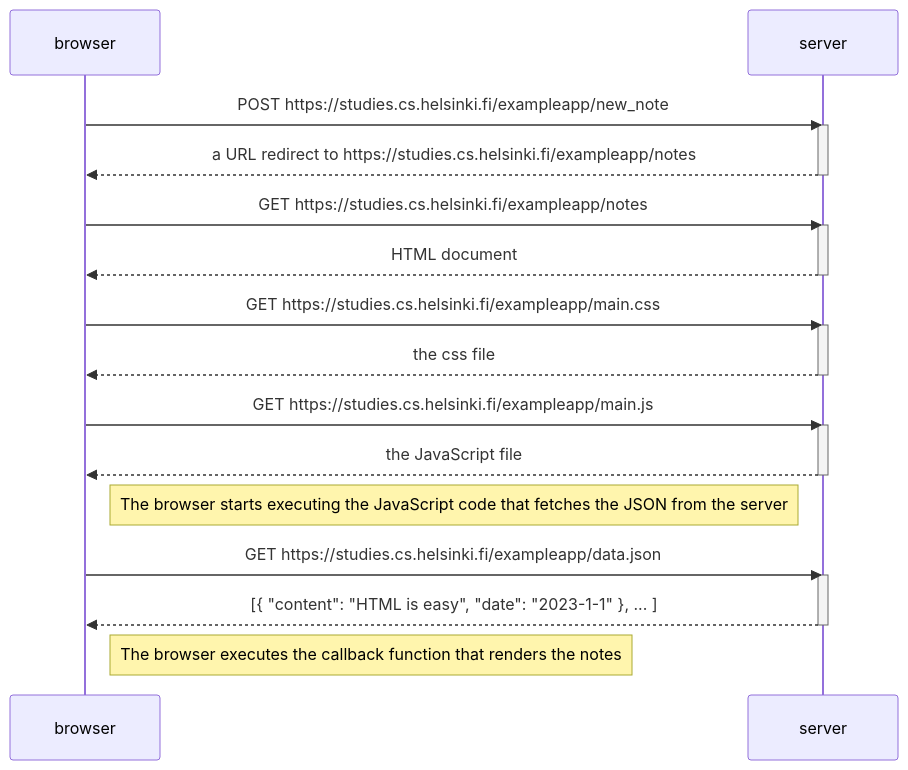
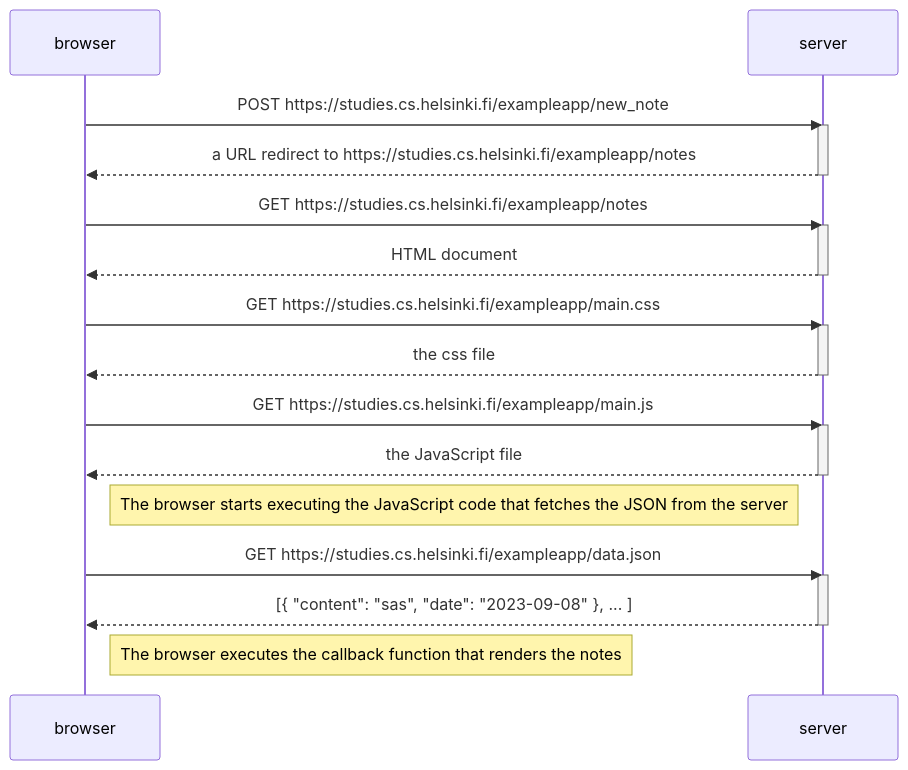
The diagram in 0.4.new note diagram.md (harrypnh/fullstackopen-p0), drawn with Mermaid before and after one commit.

Commit message:
Update 0.4.new note diagram.md

````diff
--- a/0.4.new note diagram.md
+++ b/0.4.new note diagram.md
@@ -1,34 +1,34 @@
 ```mermaid
 sequenceDiagram
     participant browser
     participant server
 
     browser->>server: POST https://studies.cs.helsinki.fi/exampleapp/new_note
     activate server
     server-->>browser: a URL redirect to https://studies.cs.helsinki.fi/exampleapp/notes
     deactivate server
 
     browser->>server: GET https://studies.cs.helsinki.fi/exampleapp/notes
     activate server
     server-->>browser: HTML document
     deactivate server
 
     browser->>server: GET https://studies.cs.helsinki.fi/exampleapp/main.css
     activate server
     server-->>browser: the css file
     deactivate server
 
     browser->>server: GET https://studies.cs.helsinki.fi/exampleapp/main.js
     activate server
     server-->>browser: the JavaScript file
     deactivate server
 
     Note right of browser: The browser starts executing the JavaScript code that fetches the JSON from the server
 
     browser->>server: GET https://studies.cs.helsinki.fi/exampleapp/data.json
     activate server
-    server-->>browser: [{ "content": "HTML is easy", "date": "2023-1-1" }, ... ]
+    server-->>browser: [{ "content": "sas", "date": "2023-09-08" }, ... ]
     deactivate server
 
     Note right of browser: The browser executes the callback function that renders the notes
 ```
````
